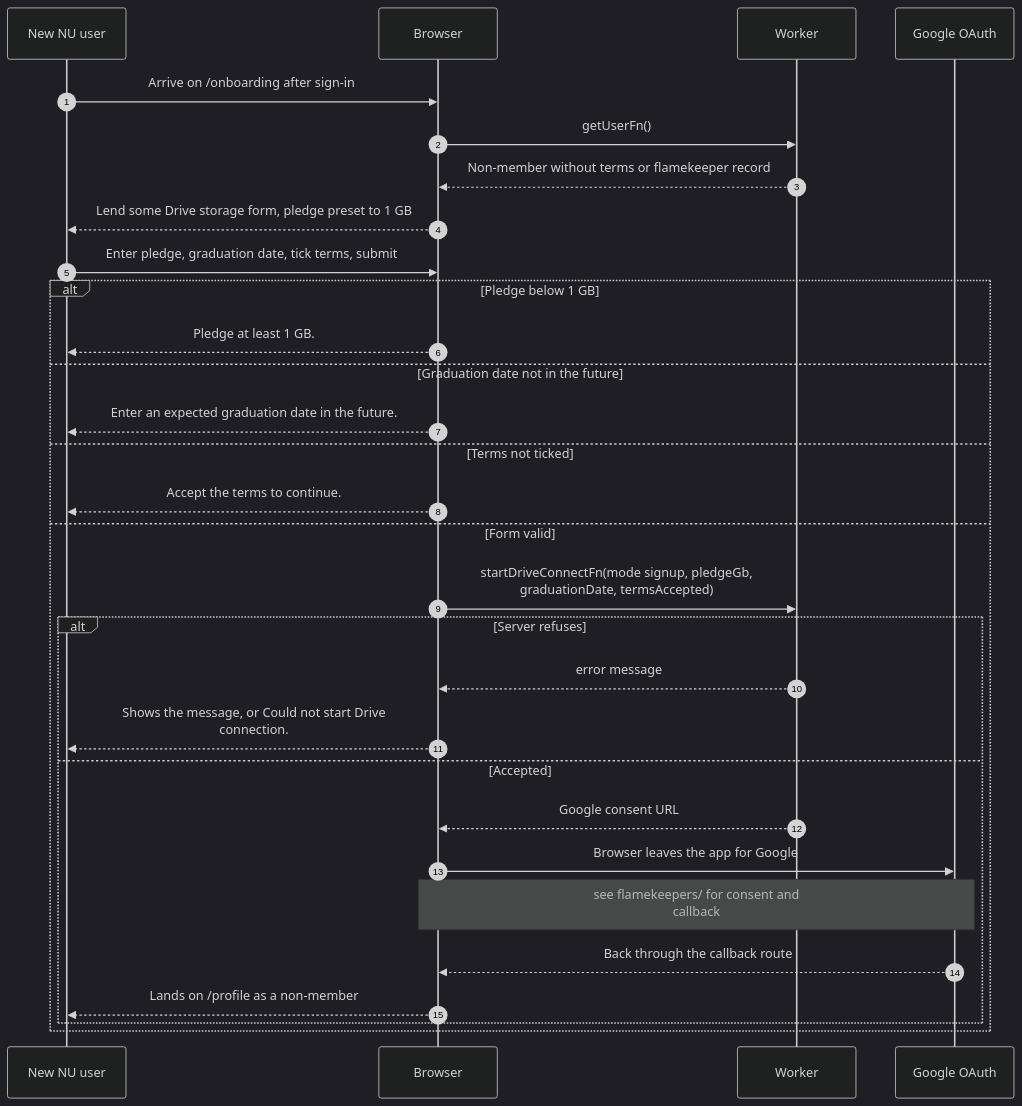
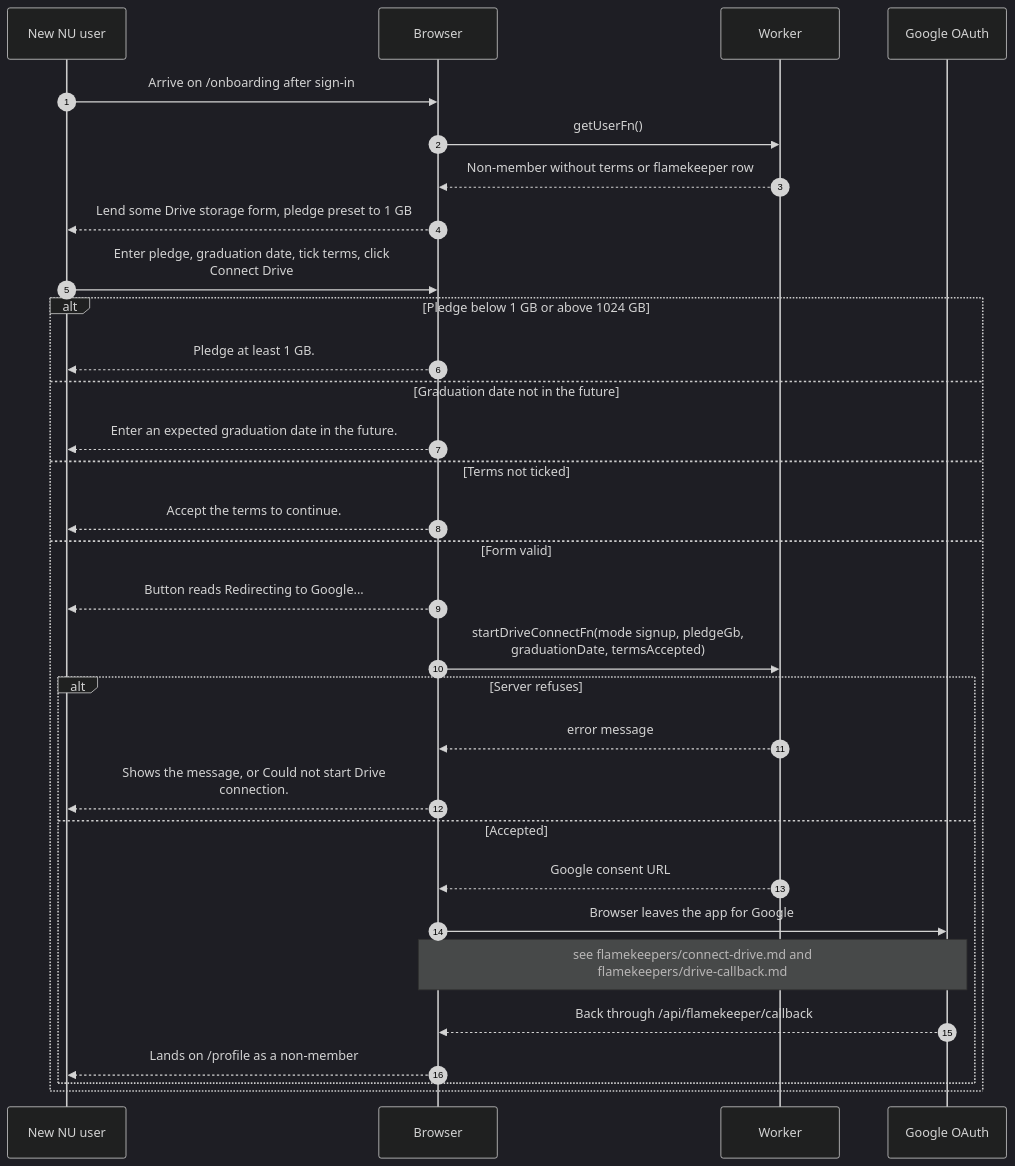
Before and after one commit to sagyzdop/meriksirat: the diagram in docs/scenarios/account/signup-nu.md, drawn with Mermaid (dark theme). The commit also changed other lines of this file and 12 other files, not shown here.

Commit message:
docs(scenarios): verify account diagrams against the code

````diff
--- a/docs/scenarios/account/signup-nu.md
+++ b/docs/scenarios/account/signup-nu.md
@@ -29,32 +31,33 @@
 ```mermaid
 sequenceDiagram
     autonumber
     participant P as New NU user
     participant B as Browser
     participant W as Worker
     participant G as Google OAuth
     P->>B: Arrive on /onboarding after sign-in
     B->>W: getUserFn()
-    W-->>B: Non-member without terms or flamekeeper record
+    W-->>B: Non-member without terms or flamekeeper row
     B-->>P: Lend some Drive storage form, pledge preset to 1 GB
-    P->>B: Enter pledge, graduation date, tick terms, submit
-    alt Pledge below 1 GB
+    P->>B: Enter pledge, graduation date, tick terms, click<br/>Connect Drive
+    alt Pledge below 1 GB or above 1024 GB
         B-->>P: Pledge at least 1 GB.
     else Graduation date not in the future
         B-->>P: Enter an expected graduation date in the future.
     else Terms not ticked
         B-->>P: Accept the terms to continue.
     else Form valid
+        B-->>P: Button reads Redirecting to Google...
         B->>W: startDriveConnectFn(mode signup, pledgeGb,<br/>graduationDate, termsAccepted)
         alt Server refuses
             W-->>B: error message
             B-->>P: Shows the message, or Could not start Drive<br/>connection.
         else Accepted
             W-->>B: Google consent URL
             B->>G: Browser leaves the app for Google
-            Note over B,G: see flamekeepers/ for consent and<br/>callback
-            G-->>B: Back through the callback route
+            Note over B,G: see flamekeepers/connect-drive.md and<br/>flamekeepers/drive-callback.md
+            G-->>B: Back through /api/flamekeeper/callback
             B-->>P: Lands on /profile as a non-member
         end
     end
 ```
````
